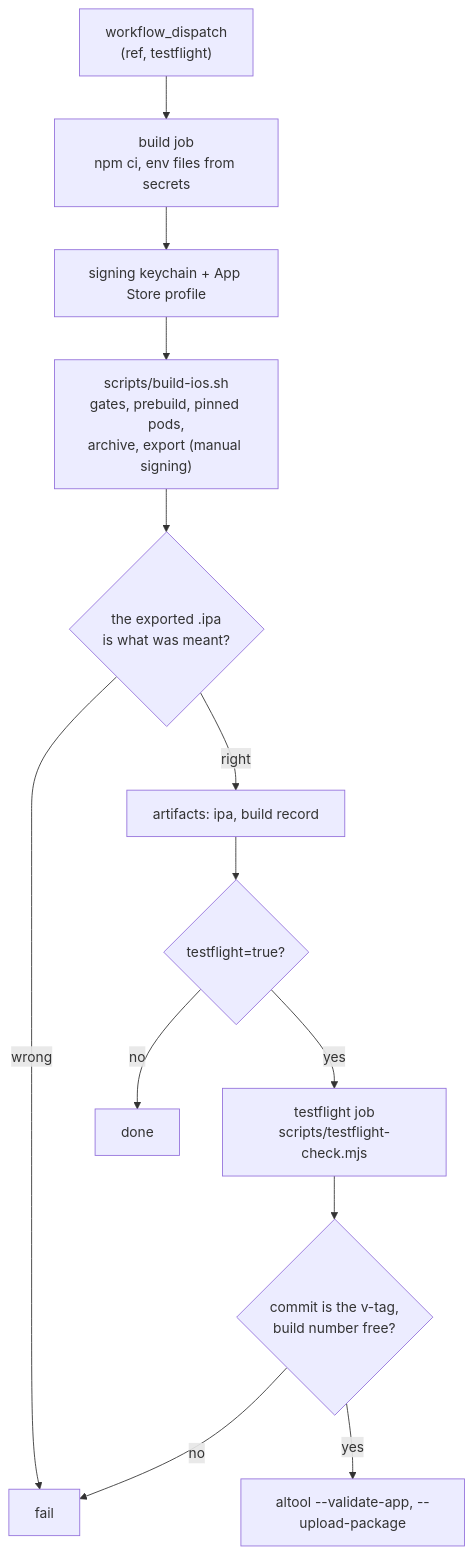
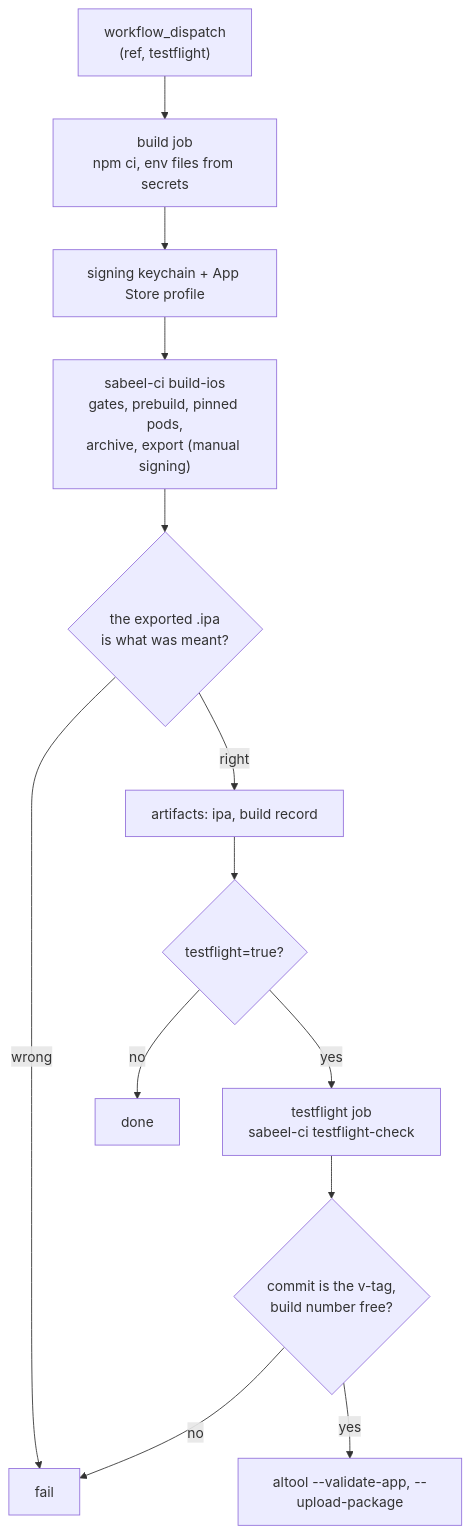
One commit to Sabeel-Institute/sabeel-institute-time-tracker changed the second of 2 diagrams in docs/IOS-BUILD.md. Above: the diagram before and after it, drawn with Mermaid. The commit also changed other lines of this file and 10 other files, not shown here.

````diff
--- a/docs/IOS-BUILD.md
+++ b/docs/IOS-BUILD.md
@@ -260,15 +262,15 @@
 ```mermaid
 flowchart TD
   A["workflow_dispatch<br/>(ref, testflight)"] --> B["build job<br/>npm ci, env files from secrets"]
   B --> C["signing keychain + App Store profile"]
-  C --> D["scripts/build-ios.sh<br/>gates, prebuild, pinned pods,<br/>archive, export (manual signing)"]
+  C --> D["sabeel-ci build-ios<br/>gates, prebuild, pinned pods,<br/>archive, export (manual signing)"]
   D --> E{"the exported .ipa<br/>is what was meant?"}
   E -->|wrong| X["fail"]
   E -->|right| F["artifacts: ipa, build record"]
   F --> G{"testflight=true?"}
   G -->|no| H["done"]
-  G -->|yes| I["testflight job<br/>scripts/testflight-check.mjs"]
+  G -->|yes| I["testflight job<br/>sabeel-ci testflight-check"]
   I --> J{"commit is the v-tag,<br/>build number free?"}
   J -->|no| X
   J -->|yes| K["altool --validate-app, --upload-package"]
 ```
````
